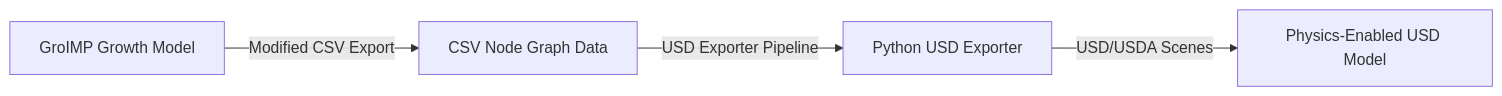
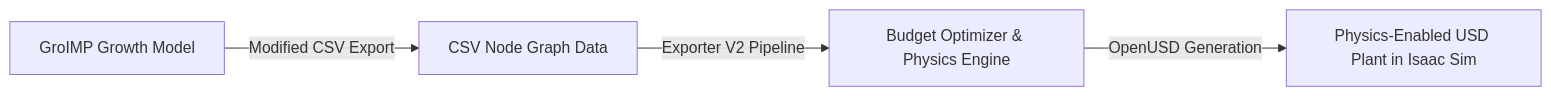
Before and after one commit to aledevv/autotom_digital_twin: the diagram in README.md, drawn with Mermaid. The commit also changed other lines of this file, not shown here.

````diff
--- a/README.md
+++ b/README.md
@@ -12,6 +19,6 @@
 ```mermaid
 graph LR
     A[GroIMP Growth Model] -->|Modified CSV Export| B[CSV Node Graph Data]
-    B -->|USD Exporter Pipeline| C[Python USD Exporter]
-    C -->|USD/USDA Scenes| D[Physics-Enabled USD Model]
+    B -->|Exporter V2 Pipeline| C[Budget Optimizer & Physics Engine]
+    C -->|OpenUSD Generation| D[Physics-Enabled USD Plant in Isaac Sim]
 ```
````
